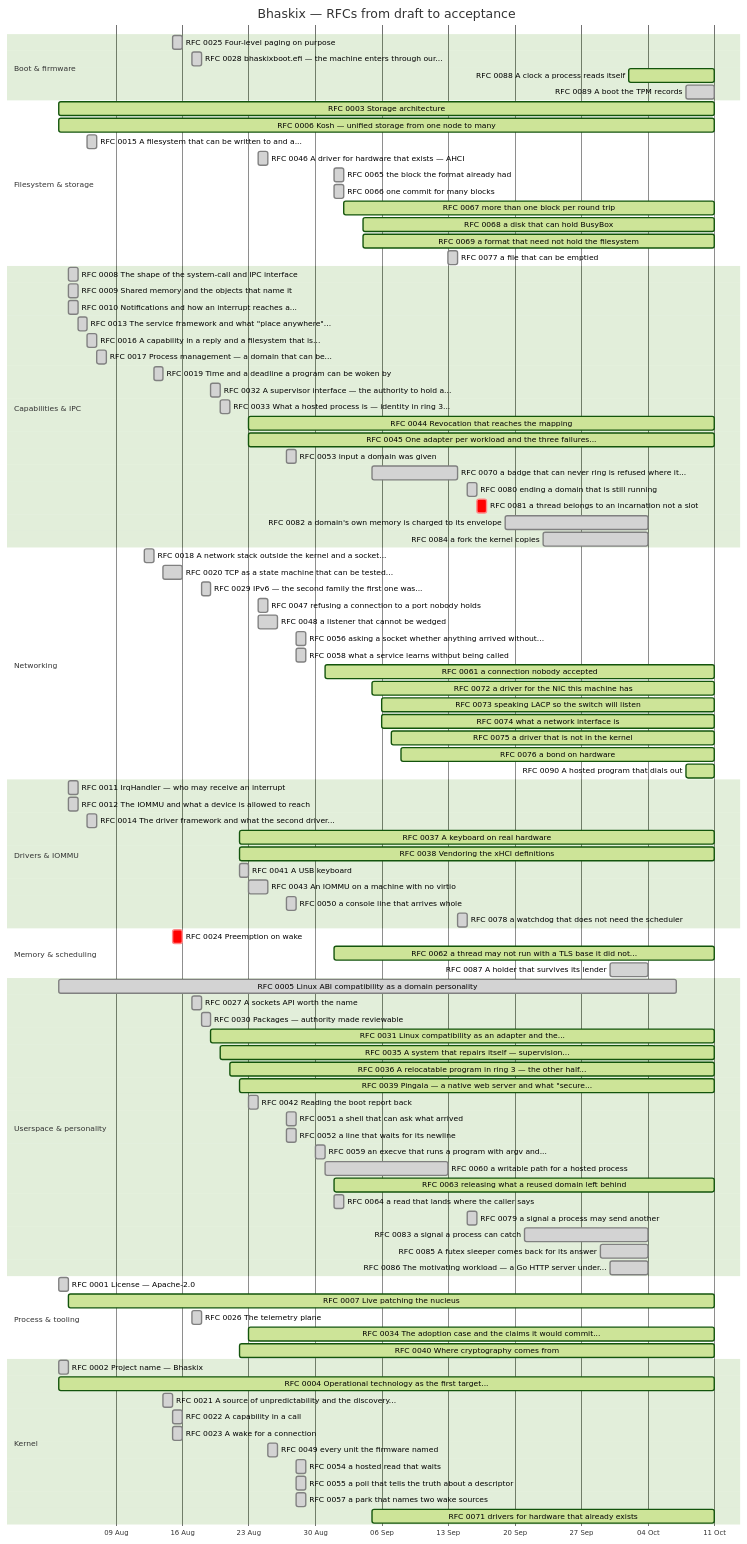
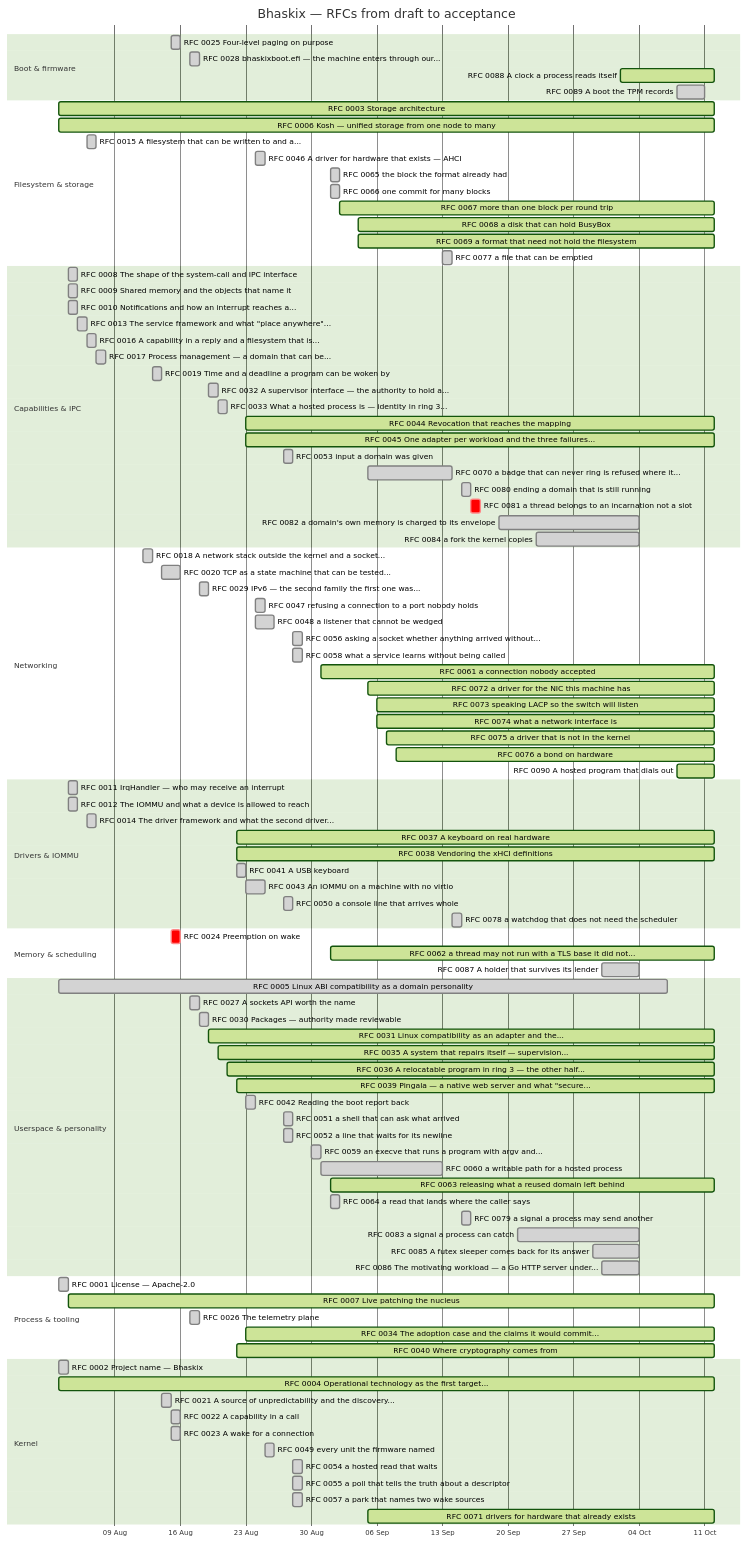
Before and after one commit to bhaskix/bhaskix: the diagram in docs/progress.md, drawn with Mermaid (forest theme). The commit also changed other lines of this file and 5 other files, not shown here.

````diff
--- a/docs/progress.md
+++ b/docs/progress.md
@@ -30,18 +30,18 @@
     section Boot & firmware
     RFC 0025 Four-level paging on purpose :done, r0025, 2026-08-15, 2026-08-16
     RFC 0028 bhaskixboot.efi — the machine enters through our... :done, r0028, 2026-08-17, 2026-08-18
-    RFC 0088 A clock a process reads itself :active, r0088, 2026-10-02, 2026-10-11
+    RFC 0088 A clock a process reads itself :active, r0088, 2026-10-02, 2026-10-12
     RFC 0089 A boot the TPM records :done, r0089, 2026-10-08, 2026-10-11
     section Filesystem & storage
-    RFC 0003 Storage architecture :active, r0003, 2026-08-03, 2026-10-11
-    RFC 0006 Kosh — unified storage from one node to many :active, r0006, 2026-08-03, 2026-10-11
+    RFC 0003 Storage architecture :active, r0003, 2026-08-03, 2026-10-12
+    RFC 0006 Kosh — unified storage from one node to many :active, r0006, 2026-08-03, 2026-10-12
     RFC 0015 A filesystem that can be written to and a... :done, r0015, 2026-08-06, 1d
     RFC 0046 A driver for hardware that exists — AHCI :done, r0046, 2026-08-24, 1d
     RFC 0065 the block the format already had :done, r0065, 2026-09-01, 1d
     RFC 0066 one commit for many blocks :done, r0066, 2026-09-01, 1d
-    RFC 0067 more than one block per round trip :active, r0067, 2026-09-02, 2026-10-11
-    RFC 0068 a disk that can hold BusyBox :active, r0068, 2026-09-04, 2026-10-11
-    RFC 0069 a format that need not hold the filesystem :active, r0069, 2026-09-04, 2026-10-11
+    RFC 0067 more than one block per round trip :active, r0067, 2026-09-02, 2026-10-12
+    RFC 0068 a disk that can hold BusyBox :active, r0068, 2026-09-04, 2026-10-12
+    RFC 0069 a format that need not hold the filesystem :active, r0069, 2026-09-04, 2026-10-12
     RFC 0077 a file that can be emptied :done, r0077, 2026-09-13, 1d
     section Capabilities & IPC
     RFC 0008 The shape of the system-call and IPC interface :done, r0008, 2026-08-04, 1d
@@ -53,8 +53,8 @@
     RFC 0019 Time and a deadline a program can be woken by :done, r0019, 2026-08-13, 2026-08-14
     RFC 0032 A supervisor interface — the authority to hold a... :done, r0032, 2026-08-19, 2026-08-20
     RFC 0033 What a hosted process is — identity in ring 3... :done, r0033, 2026-08-20, 1d
-    RFC 0044 Revocation that reaches the mapping :active, r0044, 2026-08-23, 2026-10-11
-    RFC 0045 One adapter per workload and the three failures... :active, r0045, 2026-08-23, 2026-10-11
+    RFC 0044 Revocation that reaches the mapping :active, r0044, 2026-08-23, 2026-10-12
+    RFC 0045 One adapter per workload and the three failures... :active, r0045, 2026-08-23, 2026-10-12
     RFC 0053 input a domain was given :done, r0053, 2026-08-27, 1d
     RFC 0070 a badge that can never ring is refused where it... :done, r0070, 2026-09-05, 2026-09-14
     RFC 0080 ending a domain that is still running :done, r0080, 2026-09-15, 1d
@@ -69,41 +69,41 @@
     RFC 0048 a listener that cannot be wedged :done, r0048, 2026-08-24, 2026-08-26
     RFC 0056 asking a socket whether anything arrived without... :done, r0056, 2026-08-28, 1d
     RFC 0058 what a service learns without being called :done, r0058, 2026-08-28, 1d
-    RFC 0061 a connection nobody accepted :active, r0061, 2026-08-31, 2026-10-11
-    RFC 0072 a driver for the NIC this machine has :active, r0072, 2026-09-05, 2026-10-11
-    RFC 0073 speaking LACP so the switch will listen :active, r0073, 2026-09-06, 2026-10-11
-    RFC 0074 what a network interface is :active, r0074, 2026-09-06, 2026-10-11
-    RFC 0075 a driver that is not in the kernel :active, r0075, 2026-09-07, 2026-10-11
-    RFC 0076 a bond on hardware :active, r0076, 2026-09-08, 2026-10-11
-    RFC 0090 A hosted program that dials out :active, r0090, 2026-10-08, 2026-10-11
+    RFC 0061 a connection nobody accepted :active, r0061, 2026-08-31, 2026-10-12
+    RFC 0072 a driver for the NIC this machine has :active, r0072, 2026-09-05, 2026-10-12
+    RFC 0073 speaking LACP so the switch will listen :active, r0073, 2026-09-06, 2026-10-12
+    RFC 0074 what a network interface is :active, r0074, 2026-09-06, 2026-10-12
+    RFC 0075 a driver that is not in the kernel :active, r0075, 2026-09-07, 2026-10-12
+    RFC 0076 a bond on hardware :active, r0076, 2026-09-08, 2026-10-12
+    RFC 0090 A hosted program that dials out :active, r0090, 2026-10-08, 2026-10-12
     section Drivers & IOMMU
     RFC 0011 IrqHandler — who may receive an interrupt :done, r0011, 2026-08-04, 1d
     RFC 0012 The IOMMU and what a device is allowed to reach :done, r0012, 2026-08-04, 1d
     RFC 0014 The driver framework and what the second driver... :done, r0014, 2026-08-06, 1d
-    RFC 0037 A keyboard on real hardware :active, r0037, 2026-08-22, 2026-10-11
-    RFC 0038 Vendoring the xHCI definitions :active, r0038, 2026-08-22, 2026-10-11
+    RFC 0037 A keyboard on real hardware :active, r0037, 2026-08-22, 2026-10-12
+    RFC 0038 Vendoring the xHCI definitions :active, r0038, 2026-08-22, 2026-10-12
     RFC 0041 A USB keyboard :done, r0041, 2026-08-22, 2026-08-23
     RFC 0043 An IOMMU on a machine with no virtio :done, r0043, 2026-08-23, 2026-08-25
     RFC 0050 a console line that arrives whole :done, r0050, 2026-08-27, 1d
     RFC 0078 a watchdog that does not need the scheduler :done, r0078, 2026-09-14, 2026-09-15
     section Memory & scheduling
     RFC 0024 Preemption on wake :crit, r0024, 2026-08-15, 1d
-    RFC 0062 a thread may not run with a TLS base it did not... :active, r0062, 2026-09-01, 2026-10-11
+    RFC 0062 a thread may not run with a TLS base it did not... :active, r0062, 2026-09-01, 2026-10-12
     RFC 0087 A holder that survives its lender :done, r0087, 2026-09-30, 2026-10-04
     section Userspace & personality
     RFC 0005 Linux ABI compatibility as a domain personality :done, r0005, 2026-08-03, 2026-10-07
     RFC 0027 A sockets API worth the name :done, r0027, 2026-08-17, 1d
     RFC 0030 Packages — authority made reviewable :done, r0030, 2026-08-18, 2026-08-19
-    RFC 0031 Linux compatibility as an adapter and the... :active, r0031, 2026-08-19, 2026-10-11
-    RFC 0035 A system that repairs itself — supervision... :active, r0035, 2026-08-20, 2026-10-11
-    RFC 0036 A relocatable program in ring 3 — the other half... :active, r0036, 2026-08-21, 2026-10-11
-    RFC 0039 Pingala — a native web server and what "secure... :active, r0039, 2026-08-22, 2026-10-11
+    RFC 0031 Linux compatibility as an adapter and the... :active, r0031, 2026-08-19, 2026-10-12
+    RFC 0035 A system that repairs itself — supervision... :active, r0035, 2026-08-20, 2026-10-12
+    RFC 0036 A relocatable program in ring 3 — the other half... :active, r0036, 2026-08-21, 2026-10-12
+    RFC 0039 Pingala — a native web server and what "secure... :active, r0039, 2026-08-22, 2026-10-12
     RFC 0042 Reading the boot report back :done, r0042, 2026-08-23, 1d
     RFC 0051 a shell that can ask what arrived :done, r0051, 2026-08-27, 1d
     RFC 0052 a line that waits for its newline :done, r0052, 2026-08-27, 1d
     RFC 0059 an execve that runs a program with argv and... :done, r0059, 2026-08-30, 1d
     RFC 0060 a writable path for a hosted process :done, r0060, 2026-08-31, 2026-09-13
-    RFC 0063 releasing what a reused domain left behind :active, r0063, 2026-09-01, 2026-10-11
+    RFC 0063 releasing what a reused domain left behind :active, r0063, 2026-09-01, 2026-10-12
     RFC 0064 a read that lands where the caller says :done, r0064, 2026-09-01, 1d
     RFC 0079 a signal a process may send another :done, r0079, 2026-09-15, 1d
     RFC 0083 a signal a process can catch :done, r0083, 2026-09-21, 2026-10-04
@@ -111,13 +111,13 @@
     RFC 0086 The motivating workload — a Go HTTP server under... :done, r0086, 2026-09-30, 2026-10-04
     section Process & tooling
     RFC 0001 License — Apache-2.0 :done, r0001, 2026-08-03, 1d
-    RFC 0007 Live patching the nucleus :active, r0007, 2026-08-04, 2026-10-11
+    RFC 0007 Live patching the nucleus :active, r0007, 2026-08-04, 2026-10-12
     RFC 0026 The telemetry plane :done, r0026, 2026-08-17, 1d
-    RFC 0034 The adoption case and the claims it would commit... :active, r0034, 2026-08-23, 2026-10-11
-    RFC 0040 Where cryptography comes from :active, r0040, 2026-08-22, 2026-10-11
+    RFC 0034 The adoption case and the claims it would commit... :active, r0034, 2026-08-23, 2026-10-12
+    RFC 0040 Where cryptography comes from :active, r0040, 2026-08-22, 2026-10-12
     section Kernel
     RFC 0002 Project name — Bhaskix :done, r0002, 2026-08-03, 1d
-    RFC 0004 Operational technology as the first target... :active, r0004, 2026-08-03, 2026-10-11
+    RFC 0004 Operational technology as the first target... :active, r0004, 2026-08-03, 2026-10-12
     RFC 0021 A source of unpredictability and the discovery... :done, r0021, 2026-08-14, 1d
     RFC 0022 A capability in a call :done, r0022, 2026-08-15, 2026-08-16
     RFC 0023 A wake for a connection :done, r0023, 2026-08-15, 2026-08-16
@@ -125,5 +125,5 @@
     RFC 0054 a hosted read that waits :done, r0054, 2026-08-28, 1d
     RFC 0055 a poll that tells the truth about a descriptor :done, r0055, 2026-08-28, 1d
     RFC 0057 a park that names two wake sources :done, r0057, 2026-08-28, 1d
-    RFC 0071 drivers for hardware that already exists :active, r0071, 2026-09-05, 2026-10-11
+    RFC 0071 drivers for hardware that already exists :active, r0071, 2026-09-05, 2026-10-12
 ```
````
